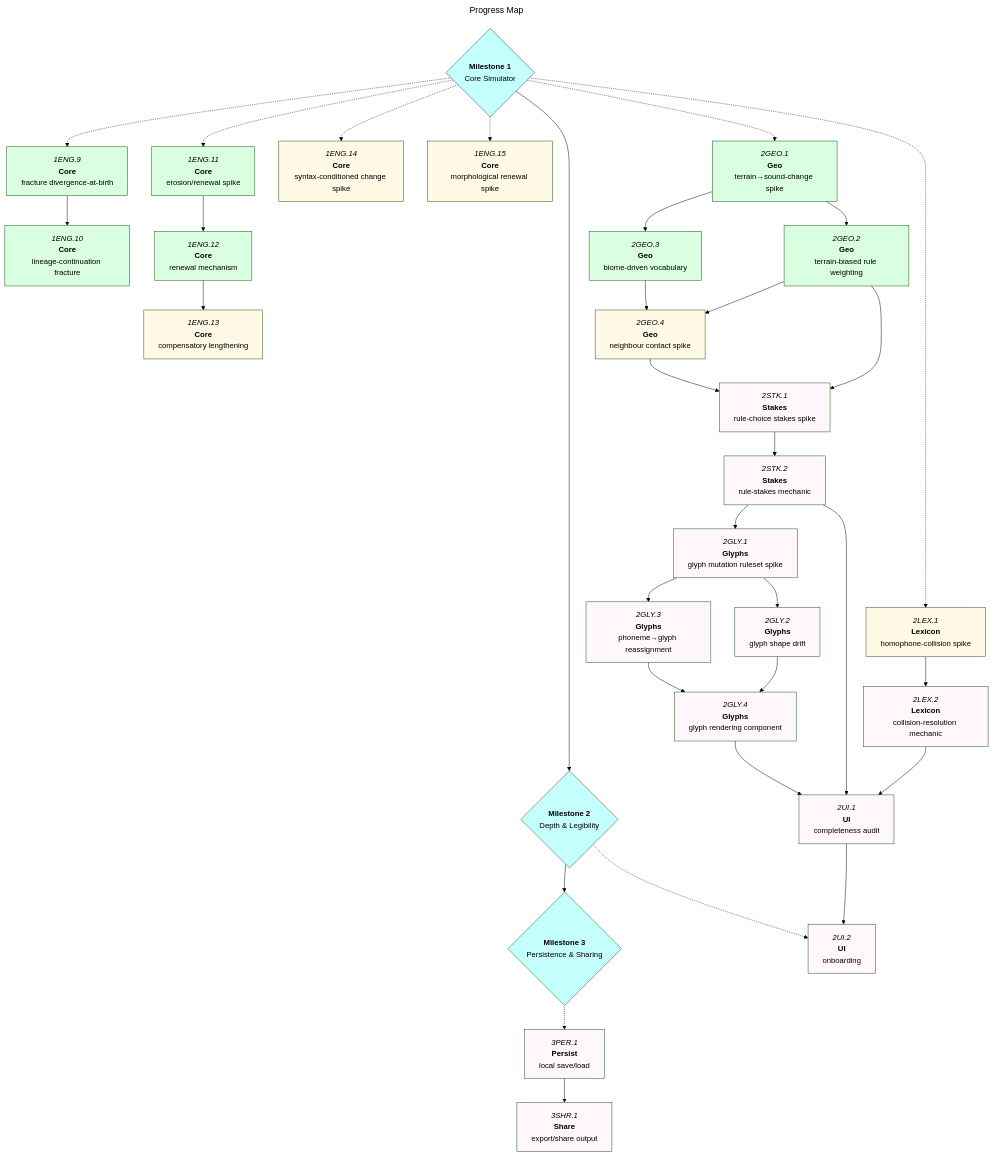
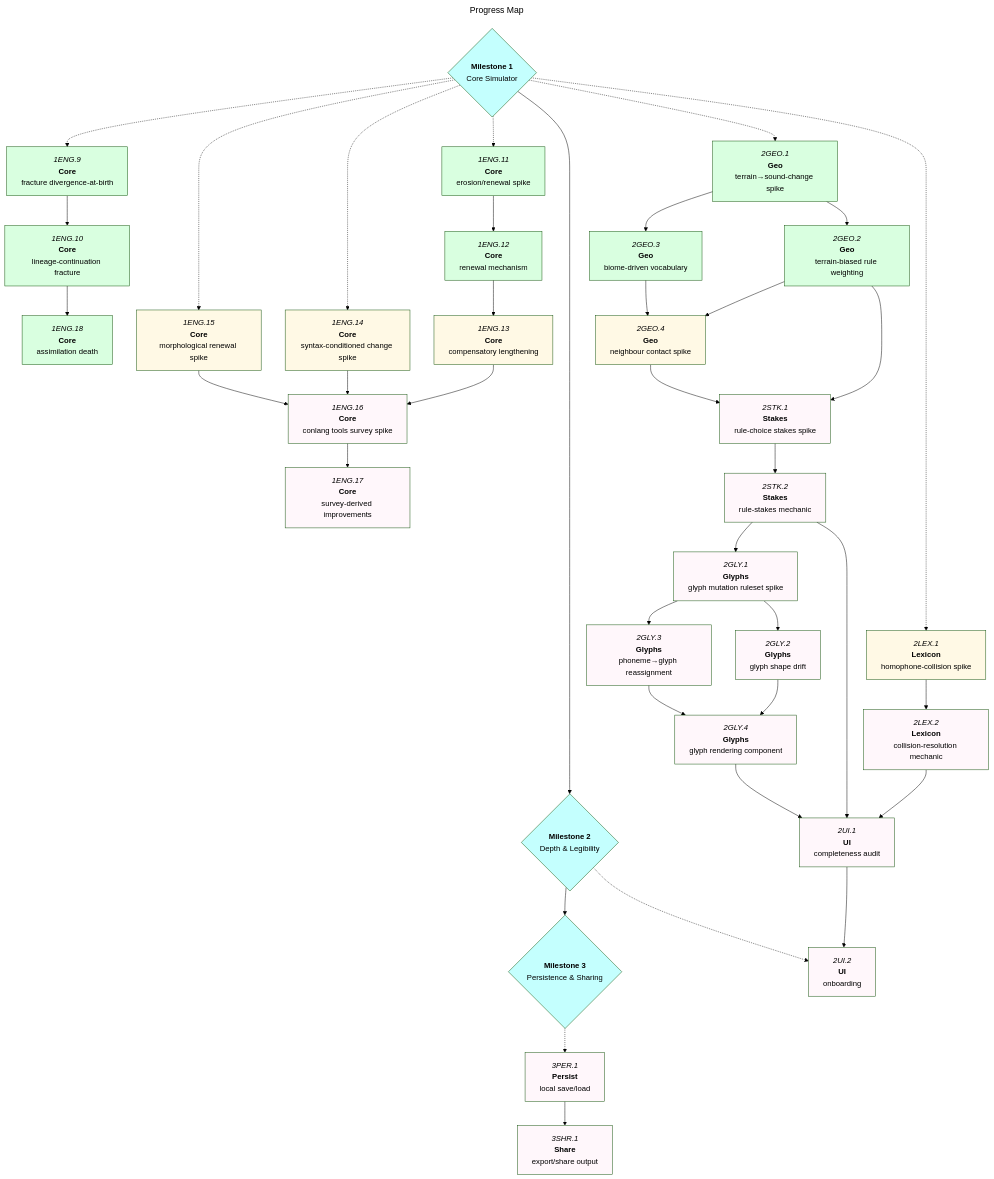
Before and after one commit to JasonWarrenUK/the-tongue: the diagram in docs/roadmaps/mvp.md, drawn with Mermaid (forest theme). The commit also changed other lines of this file and 9 other files, not shown here.

```diff
--- a/docs/roadmaps/mvp.md
+++ b/docs/roadmaps/mvp.md
@@ -122,11 +124,14 @@
 
 1ENG9["`*1ENG.9*<br/>**Core**<br/>fracture divergence-at-birth`"]:::done
 1ENG10["`*1ENG.10*<br/>**Core**<br/>lineage-continuation fracture`"]:::done
+1ENG18["`*1ENG.18*<br/>**Core**<br/>assimilation death`"]:::done
 1ENG11["`*1ENG.11*<br/>**Core**<br/>erosion/renewal spike`"]:::done
 1ENG12["`*1ENG.12*<br/>**Core**<br/>renewal mechanism`"]:::done
 1ENG13["`*1ENG.13*<br/>**Core**<br/>compensatory lengthening`"]:::open
 1ENG14["`*1ENG.14*<br/>**Core**<br/>syntax-conditioned change spike`"]:::open
 1ENG15["`*1ENG.15*<br/>**Core**<br/>morphological renewal spike`"]:::open
+1ENG16["`*1ENG.16*<br/>**Core**<br/>conlang tools survey spike`"]
+1ENG17["`*1ENG.17*<br/>**Core**<br/>survey-derived improvements`"]
 
 2GEO.1["`*2GEO.1*<br/>**Geo**<br/>terrain→sound-change spike`"]:::done
 2GEO.2["`*2GEO.2*<br/>**Geo**<br/>terrain-biased rule weighting`"]:::done
@@ -147,8 +152,13 @@
 3SHR.1["`*3SHR.1*<br/>**Share**<br/>export/share output`"]
 
 1ENG9 --> 1ENG10
+1ENG10 --> 1ENG18
 1ENG11 --> 1ENG12
 1ENG12 --> 1ENG13
+1ENG13 --> 1ENG16
+1ENG14 --> 1ENG16
+1ENG15 --> 1ENG16
+1ENG16 --> 1ENG17
 
 2GEO.1 --> 2GEO.2
 2GEO.1 --> 2GEO.3
```
